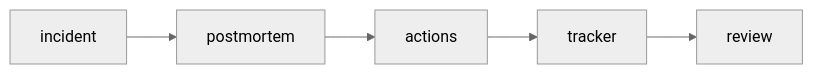
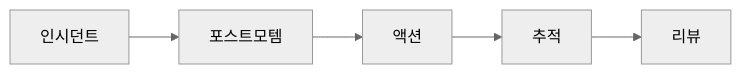
One commit to yeongseon-books/book-content changed the diagram in content/sre-101/ko/07-postmortem.md. Above: the diagram before and after it, drawn with Mermaid (neutral theme). The commit also changed other lines of this file and 9 other files, not shown here.

````diff
--- a/content/sre-101/ko/07-postmortem.md
+++ b/content/sre-101/ko/07-postmortem.md
@@ -33,7 +47,7 @@
 ```mermaid
 flowchart LR
-    Incident["incident"] --> Doc["postmortem"]
-    Doc --> Actions["actions"]
-    Actions --> Tracker["tracker"]
-    Tracker --> Review["review"]
+    Incident["인시던트"] --> Doc["포스트모템"]
+    Doc --> Actions["액션"]
+    Actions --> Tracker["추적"]
+    Tracker --> Review["리뷰"]
 ```
````
